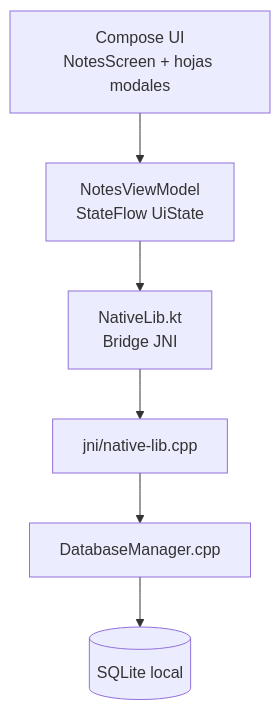
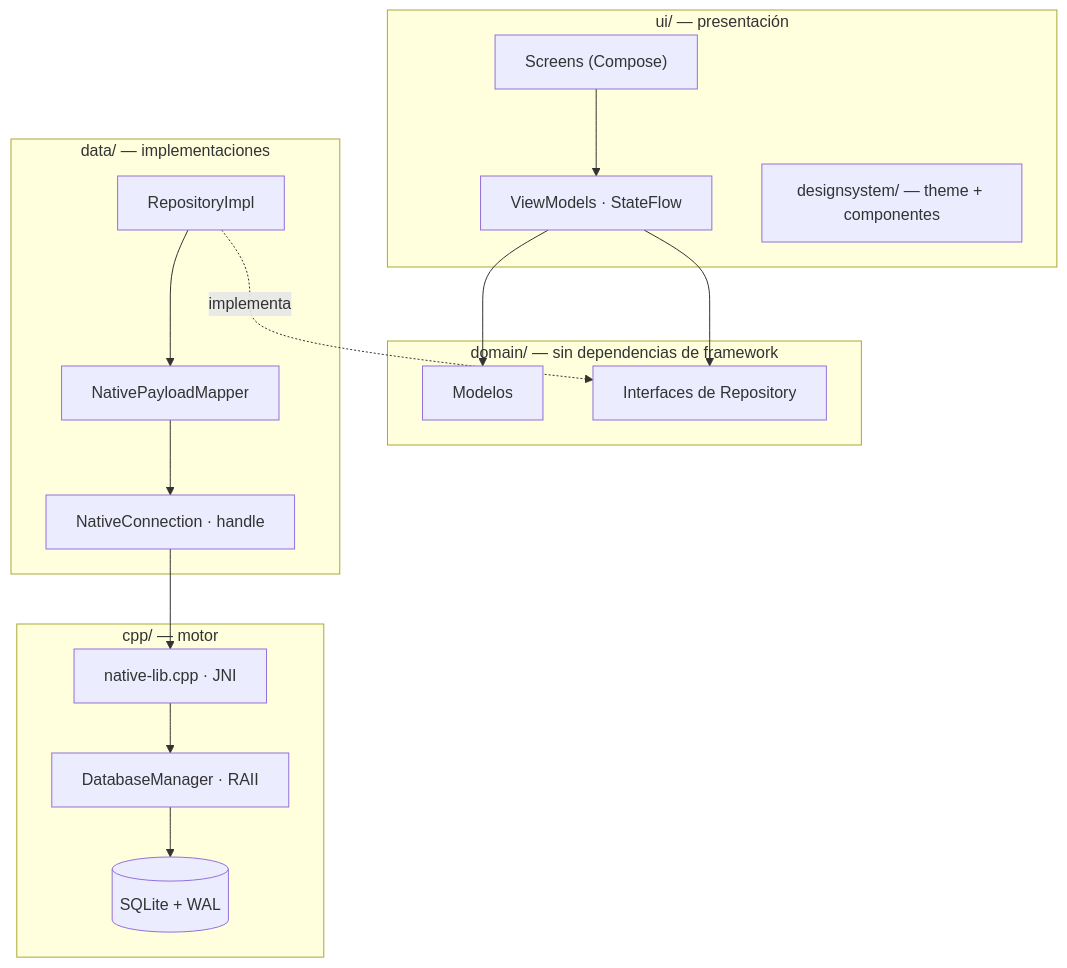
Before and after one commit to JOSETRA44/Tien: the first of 2 diagrams in README.md, drawn with Mermaid. The commit also changed other lines of this file and 72 other files, not shown here.

````diff
--- a/README.md
+++ b/README.md
@@ -28,8 +27,27 @@
 ```mermaid
 flowchart TD
-    A[Compose UI\nNotesScreen + hojas modales] --> B[NotesViewModel\nStateFlow UiState]
-    B --> C[NativeLib.kt\nBridge JNI]
-    C --> D[jni/native-lib.cpp]
-    D --> E[DatabaseManager.cpp]
-    E --> F[(SQLite local)]
+    subgraph ui["ui/ — presentación"]
+        A["Screens (Compose)"]
+        B["ViewModels · StateFlow"]
+        DS["designsystem/ — theme + componentes"]
+    end
+    subgraph domain["domain/ — sin dependencias de framework"]
+        C["Modelos"]
+        D["Interfaces de Repository"]
+    end
+    subgraph data["data/ — implementaciones"]
+        E["RepositoryImpl"]
+        F["NativePayloadMapper"]
+        G["NativeConnection · handle"]
+    end
+    subgraph native["cpp/ — motor"]
+        H["native-lib.cpp · JNI"]
+        I["DatabaseManager · RAII"]
+        J[("SQLite + WAL")]
+    end
+
+    A --> B --> D
+    E -.implementa.-> D
+    B --> C
+    E --> F --> G --> H --> I --> J
 ```
````
